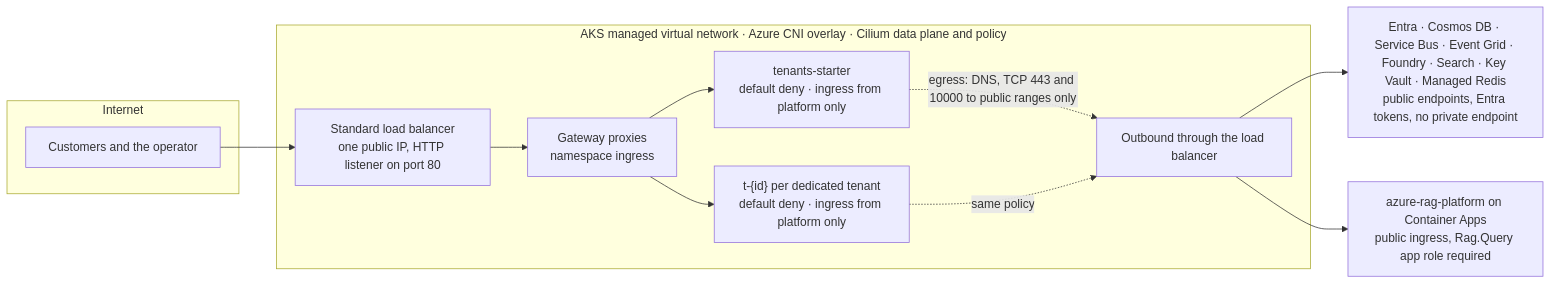
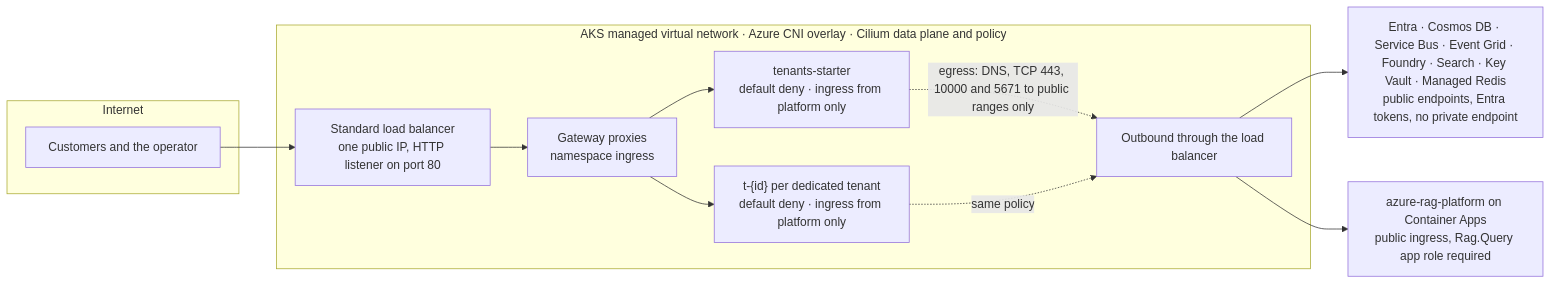
Before and after one commit to Rodrigo-GomezdelMoral/azure-ai-saas-platform: the second of 4 diagrams in docs/architecture.md, drawn with Mermaid. The commit also changed 13 other files, not shown here.

````diff
--- a/docs/architecture.md
+++ b/docs/architecture.md
@@ -46,16 +46,16 @@
 ```mermaid
 graph LR
     subgraph internet["Internet"]
         CL["Customers and the operator"]
     end
     subgraph vnet["AKS managed virtual network · Azure CNI overlay · Cilium data plane and policy"]
         LB["Standard load balancer<br/>one public IP, HTTP listener on port 80"] --> GWP["Gateway proxies<br/>namespace ingress"]
         GWP --> NS1["tenants-starter<br/>default deny · ingress from platform only"]
         GWP --> NS2["t-{id} per dedicated tenant<br/>default deny · ingress from platform only"]
-        NS1 -. "egress: DNS, TCP 443 and 10000 to public ranges only" .-> OUT["Outbound through the load balancer"]
+        NS1 -. "egress: DNS, TCP 443, 10000 and 5671 to public ranges only" .-> OUT["Outbound through the load balancer"]
         NS2 -. "same policy" .-> OUT
     end
     CL --> LB
     OUT --> PAAS["Entra · Cosmos DB · Service Bus · Event Grid · Foundry · Search · Key Vault · Managed Redis<br/>public endpoints, Entra tokens, no private endpoint"]
     OUT --> RAG["azure-rag-platform on Container Apps<br/>public ingress, Rag.Query app role required"]
 ```
````
